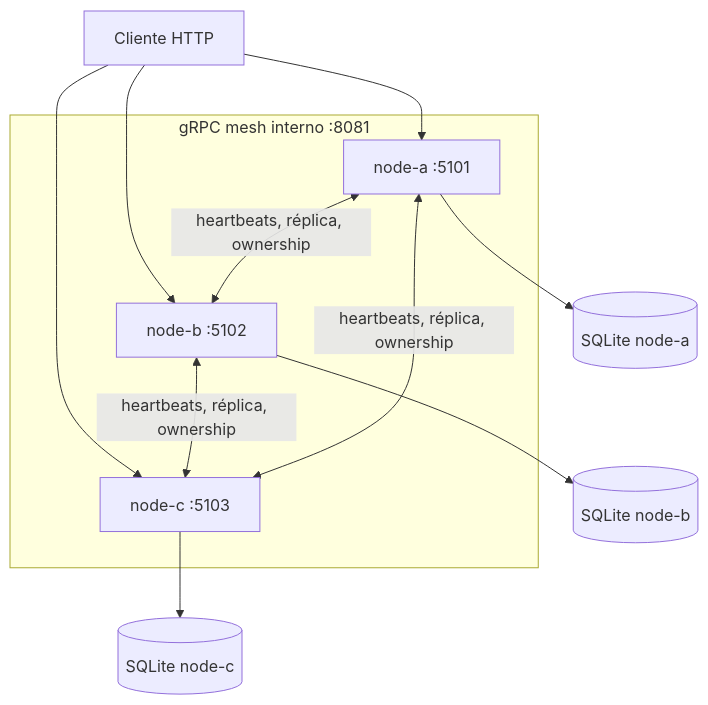
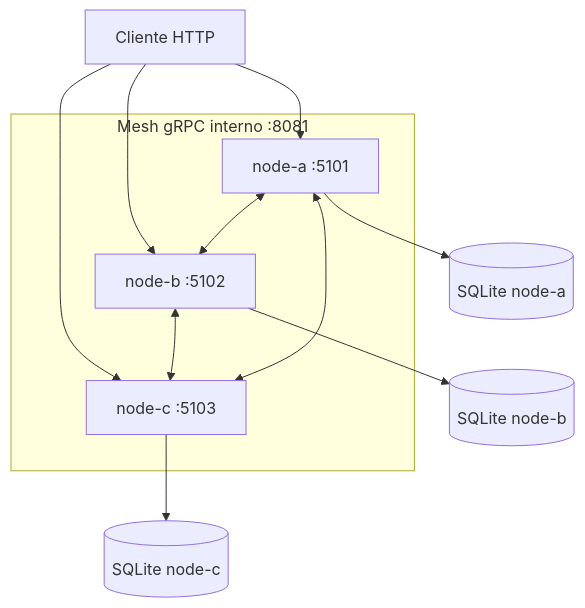
One commit to JuanJosec202/SolidarityGrid changed the diagram in README.md. Above: the diagram before and after it, drawn with Mermaid. The commit also changed other lines of this file, not shown here.

````diff
--- a/README.md
+++ b/README.md
@@ -87,16 +121,16 @@
 ```mermaid
 flowchart TB
     Client[Cliente HTTP] --> A[node-a :5101]
     Client --> B[node-b :5102]
     Client --> C[node-c :5103]
 
-    subgraph Mesh["gRPC mesh interno :8081"]
-        A <-->|heartbeats, réplica, ownership| B
-        B <-->|heartbeats, réplica, ownership| C
-        C <-->|heartbeats, réplica, ownership| A
+    subgraph Mesh["Mesh gRPC interno :8081"]
+        A <--> B
+        B <--> C
+        C <--> A
     end
 
     A --> DA[(SQLite node-a)]
     B --> DB[(SQLite node-b)]
     C --> DC[(SQLite node-c)]
 ```
````
